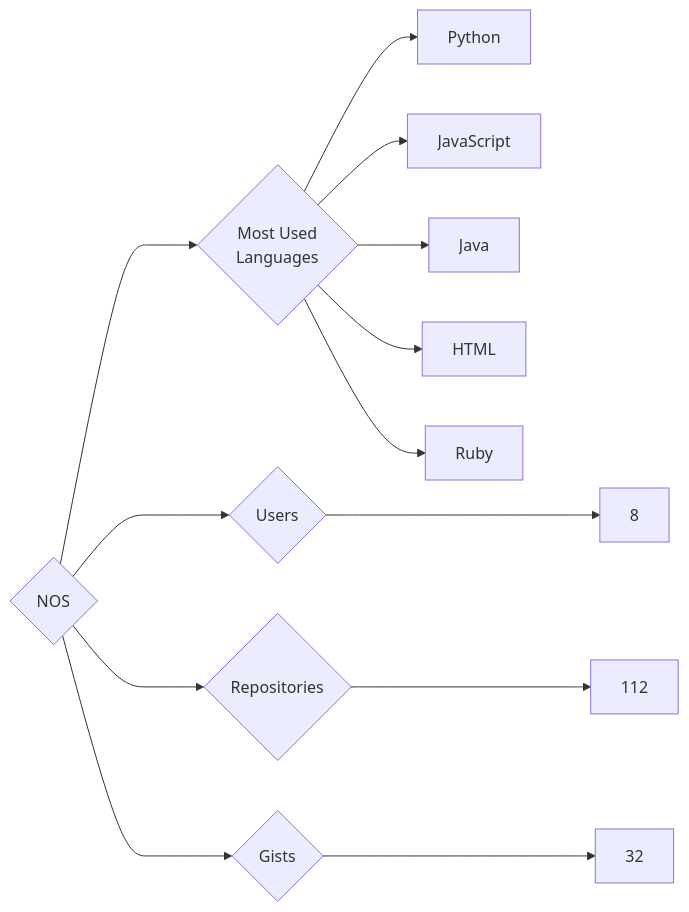
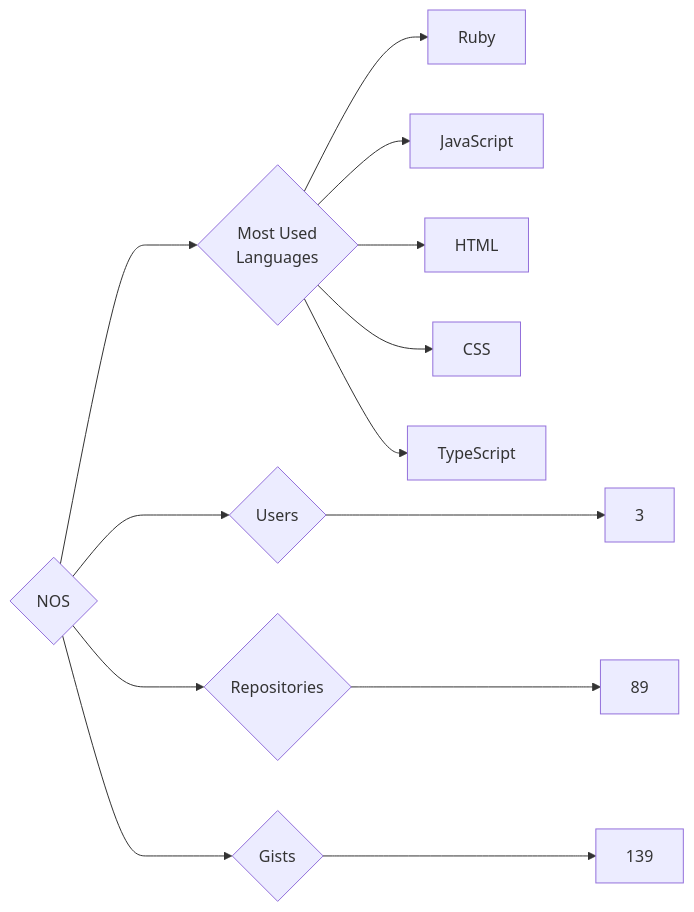
Before and after one commit to trickest/insiders: the diagram in targets/NOS/README.md, drawn with Mermaid. The commit also changed 898 other files, not shown here.

````diff
--- a/targets/NOS/README.md
+++ b/targets/NOS/README.md
@@ -3,13 +3,13 @@
 ```mermaid
 graph LR
 COMPANY_NAME{NOS}
-COMPANY_NAME ---> U{Users} ---> UN[8]
-COMPANY_NAME ---> R{Repositories} ---> RN[112]
-COMPANY_NAME ---> G{Gists} ---> GN[32]
+COMPANY_NAME ---> U{Users} ---> UN[3]
+COMPANY_NAME ---> R{Repositories} ---> RN[89]
+COMPANY_NAME ---> G{Gists} ---> GN[139]
 COMPANY_NAME ---> ML{Most Used<br>Languages}
-ML --> Python[Python]
+ML --> Ruby[Ruby]
 ML --> JavaScript[JavaScript]
-ML --> Java[Java]
 ML --> HTML[HTML]
-ML --> Ruby[Ruby]
+ML --> CSS[CSS]
+ML --> TypeScript[TypeScript]
 ```
````
